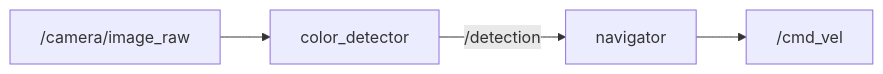
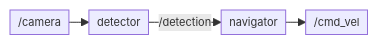
The diagram in README.md (harshgupta1064/robot-perception-and-navigation), drawn with Mermaid before and after one commit. The commit also changed other lines of this file, not shown here.

Commit message:
Update README.md to enhance video embedding and improve flowchart representation. Removed outdated assignment details and streamlined content for clarity.

````diff
--- a/README.md
+++ b/README.md
@@ -44,11 +59,5 @@
 ```mermaid
+%%{init: {'flowchart': {'nodeSpacing': 12, 'rankSpacing': 20, 'padding': 4}, 'themeVariables': {'fontSize': '11px'}}}%%
 flowchart LR
-  CAM["/camera/image_raw"]
-  DET["color_detector"]
-  NAV["navigator"]
-  CMD["/cmd_vel"]
-
-  CAM --> DET
-  DET -->|"/detection"| NAV
-  NAV --> CMD
+  A["/camera"] --> B["detector"] -->|"/detection"| C["navigator"] --> D["/cmd_vel"]
 ```
````
